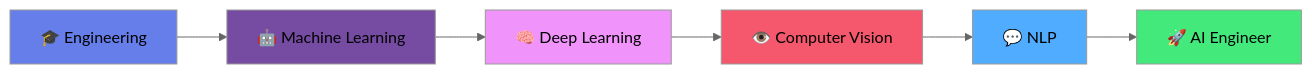
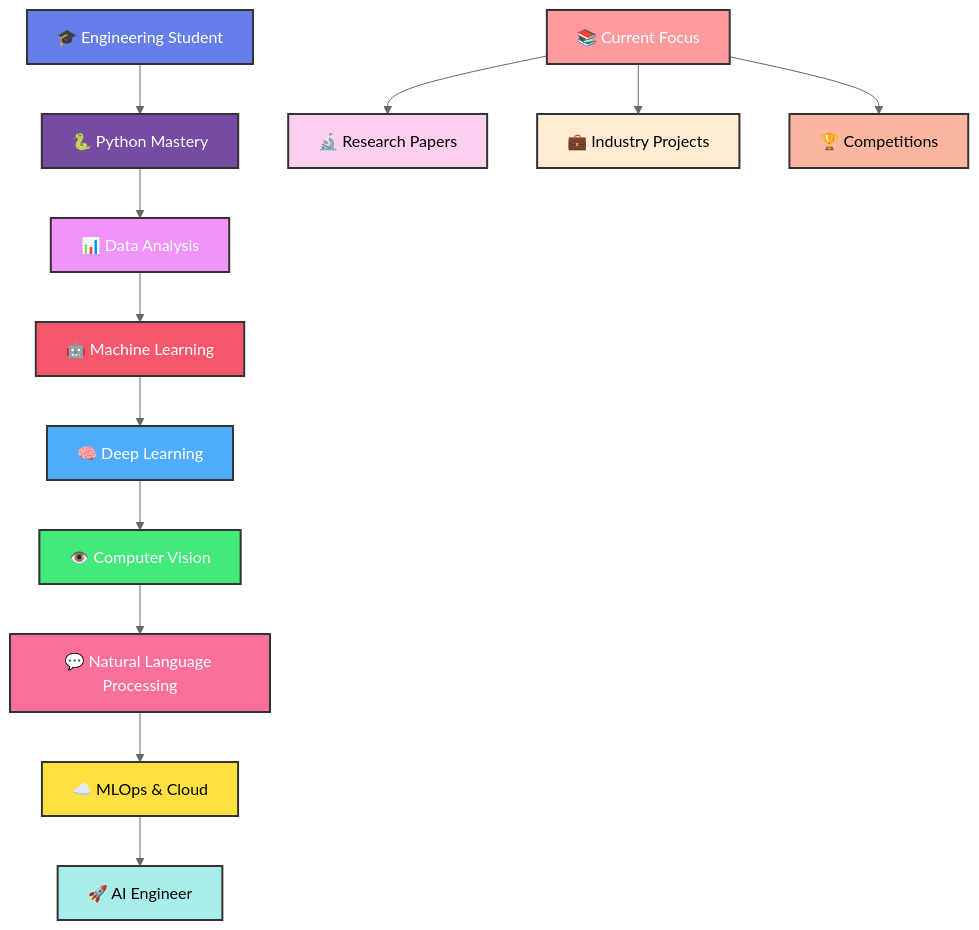
The diagram in README.md (aadilshaikh123/aadilshaikh123), drawn with Mermaid (neutral theme) before and after one commit. The commit also changed other lines of this file and 1 other file, not shown here.

````diff
--- a/README.md
+++ b/README.md
@@ -125,15 +225,29 @@
 ```mermaid
-graph LR
-    A[🎓 Engineering] --> B[🤖 Machine Learning]
-    B --> C[🧠 Deep Learning]
-    C --> D[👁️ Computer Vision]
-    D --> E[💬 NLP]
-    E --> F[🚀 AI Engineer]
+graph TD
+    A[🎓 Engineering Student] --> B[🐍 Python Mastery]
+    B --> C[📊 Data Analysis]
+    C --> D[🤖 Machine Learning]
+    D --> E[🧠 Deep Learning]
+    E --> F[👁️ Computer Vision]
+    F --> G[💬 Natural Language Processing]
+    G --> H[☁️ MLOps & Cloud]
+    H --> I[🚀 AI Engineer]
     
-    style A fill:#667eea
-    style B fill:#764ba2
-    style C fill:#f093fb
-    style D fill:#f5576c
-    style E fill:#4facfe
-    style F fill:#43e97b
+    J[📚 Current Focus] --> K[🔬 Research Papers]
+    J --> L[💼 Industry Projects]
+    J --> M[🏆 Competitions]
+    
+    style A fill:#667eea,stroke:#333,stroke-width:2px,color:#fff
+    style B fill:#764ba2,stroke:#333,stroke-width:2px,color:#fff
+    style C fill:#f093fb,stroke:#333,stroke-width:2px,color:#fff
+    style D fill:#f5576c,stroke:#333,stroke-width:2px,color:#fff
+    style E fill:#4facfe,stroke:#333,stroke-width:2px,color:#fff
+    style F fill:#43e97b,stroke:#333,stroke-width:2px,color:#fff
+    style G fill:#fa709a,stroke:#333,stroke-width:2px,color:#fff
+    style H fill:#fee140,stroke:#333,stroke-width:2px,color:#000
+    style I fill:#a8edea,stroke:#333,stroke-width:2px,color:#000
+    style J fill:#ff9a9e,stroke:#333,stroke-width:2px,color:#fff
+    style K fill:#fecfef,stroke:#333,stroke-width:2px,color:#000
+    style L fill:#ffecd2,stroke:#333,stroke-width:2px,color:#000
+    style M fill:#fcb69f,stroke:#333,stroke-width:2px,color:#000
 ```
````
